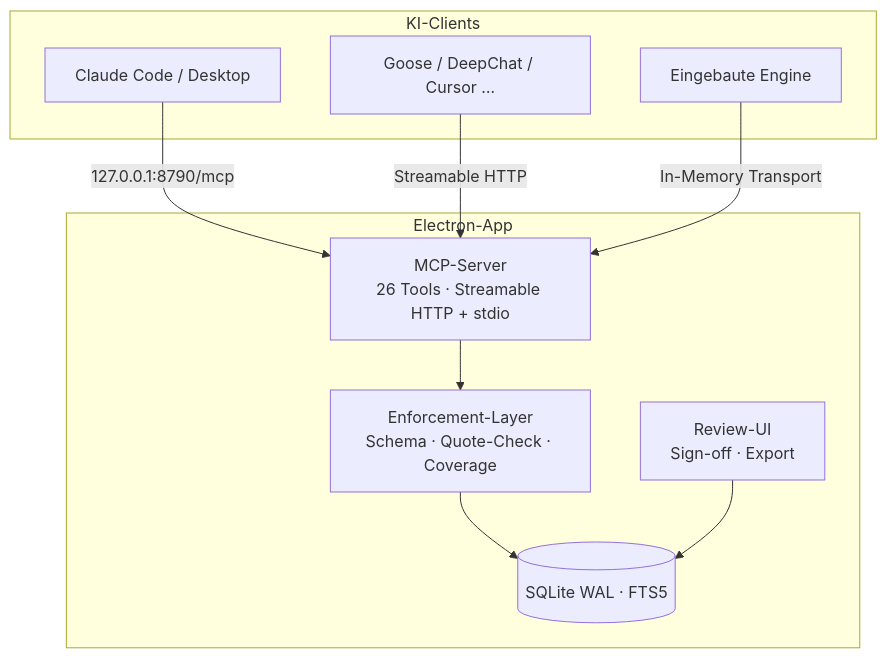
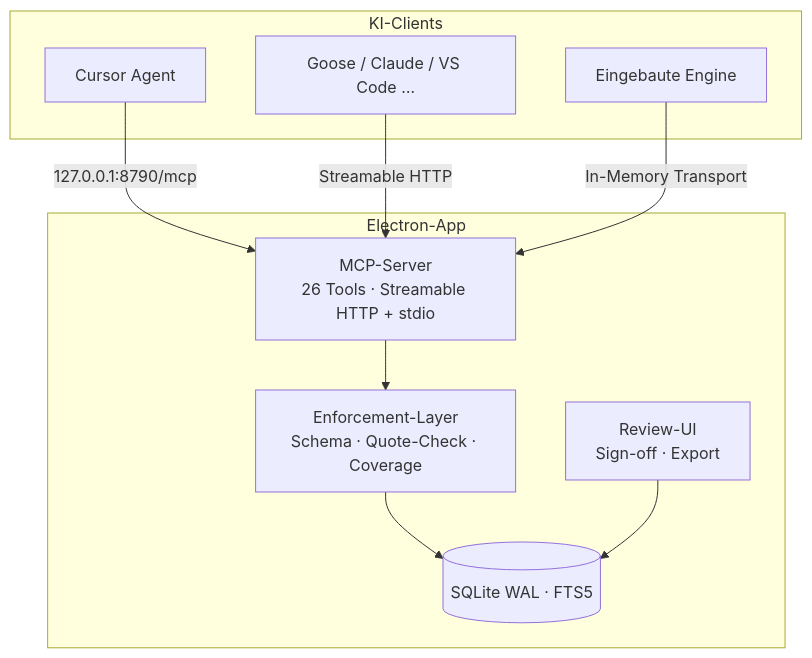
The diagram in README.md (renejes/apropos), drawn with Mermaid before and after one commit. The commit also changed other lines of this file and 15 other files, not shown here.

First line of the commit message:
Cursor-first Onboarding, MCP-SDK 1.30 und aktuelle Status-Doku.

````diff
--- a/README.md
+++ b/README.md
@@ -29,21 +29,21 @@
 ```mermaid
 flowchart TB
     subgraph clients [KI-Clients]
-        Claude[Claude Code / Desktop]
-        Goose[Goose / DeepChat / Cursor …]
+        Cursor[Cursor Agent]
+        Others[Goose / Claude / VS Code …]
         Engine[Eingebaute Engine]
     end
 
     subgraph app [Electron-App]
         MCP[MCP-Server<br/>26 Tools · Streamable HTTP + stdio]
         Enforce[Enforcement-Layer<br/>Schema · Quote-Check · Coverage]
         DB[(SQLite WAL · FTS5)]
         UI[Review-UI<br/>Sign-off · Export]
     end
 
-    Claude -->|127.0.0.1:8790/mcp| MCP
-    Goose -->|Streamable HTTP| MCP
+    Cursor -->|127.0.0.1:8790/mcp| MCP
+    Others -->|Streamable HTTP| MCP
     Engine -->|In-Memory Transport| MCP
     MCP --> Enforce --> DB
     UI --> DB
 ```
````
